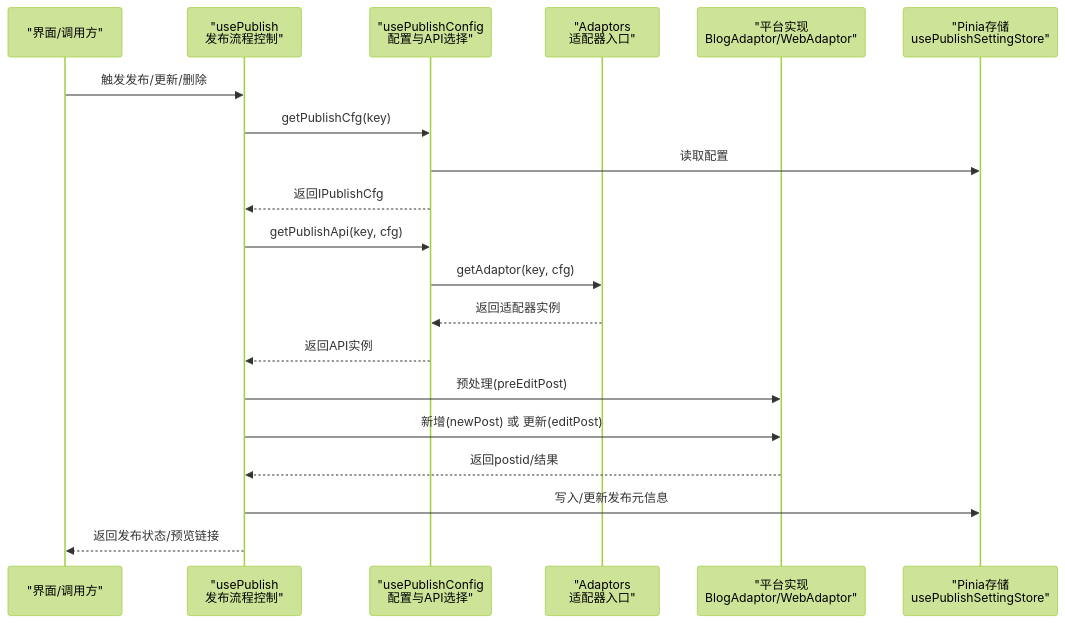
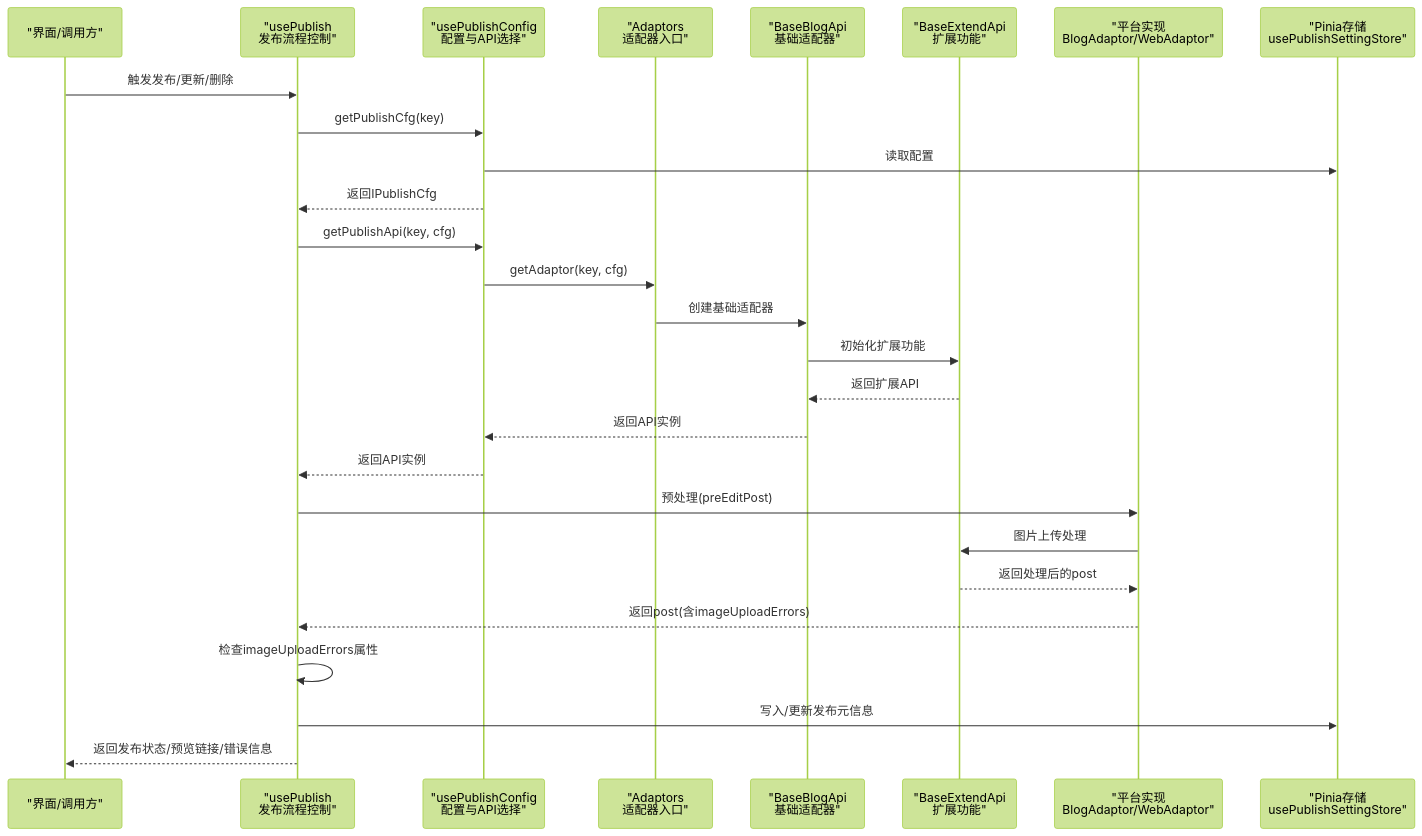
One commit to terwer/siyuan-plugin-publisher changed the second of 4 diagrams in .qoder/repowiki/zh/content/发布引擎/发布引擎.md. Above: the diagram before and after it, drawn with Mermaid (forest theme). The commit also changed other lines of this file and 5 other files, not shown here.

````diff
--- a/.qoder/repowiki/zh/content/发布引擎/发布引擎.md
+++ b/.qoder/repowiki/zh/content/发布引擎/发布引擎.md
@@ -98,22 +108,29 @@
 ```mermaid
 sequenceDiagram
 participant UI as "界面/调用方"
 participant Pub as "usePublish<br/>发布流程控制"
 participant Cfg as "usePublishConfig<br/>配置与API选择"
 participant Adp as "Adaptors<br/>适配器入口"
+participant Base as "BaseBlogApi<br/>基础适配器"
+participant Ext as "BaseExtendApi<br/>扩展功能"
 participant Plat as "平台实现<br/>BlogAdaptor/WebAdaptor"
 participant Store as "Pinia存储<br/>usePublishSettingStore"
 UI->>Pub : 触发发布/更新/删除
 Pub->>Cfg : getPublishCfg(key)
 Cfg->>Store : 读取配置
 Cfg-->>Pub : 返回IPublishCfg
 Pub->>Cfg : getPublishApi(key, cfg)
 Cfg->>Adp : getAdaptor(key, cfg)
-Adp-->>Cfg : 返回适配器实例
+Adp->>Base : 创建基础适配器
+Base->>Ext : 初始化扩展功能
+Ext-->>Base : 返回扩展API
+Base-->>Cfg : 返回API实例
 Cfg-->>Pub : 返回API实例
 Pub->>Plat : 预处理(preEditPost)
-Pub->>Plat : 新增(newPost) 或 更新(editPost)
-Plat-->>Pub : 返回postid/结果
+Plat->>Ext : 图片上传处理
+Ext-->>Plat : 返回处理后的post
+Plat-->>Pub : 返回post(含imageUploadErrors)
+Pub->>Pub : 检查imageUploadErrors属性
 Pub->>Store : 写入/更新发布元信息
-Pub-->>UI : 返回发布状态/预览链接
+Pub-->>UI : 返回发布状态/预览链接/错误信息
 ```
````
